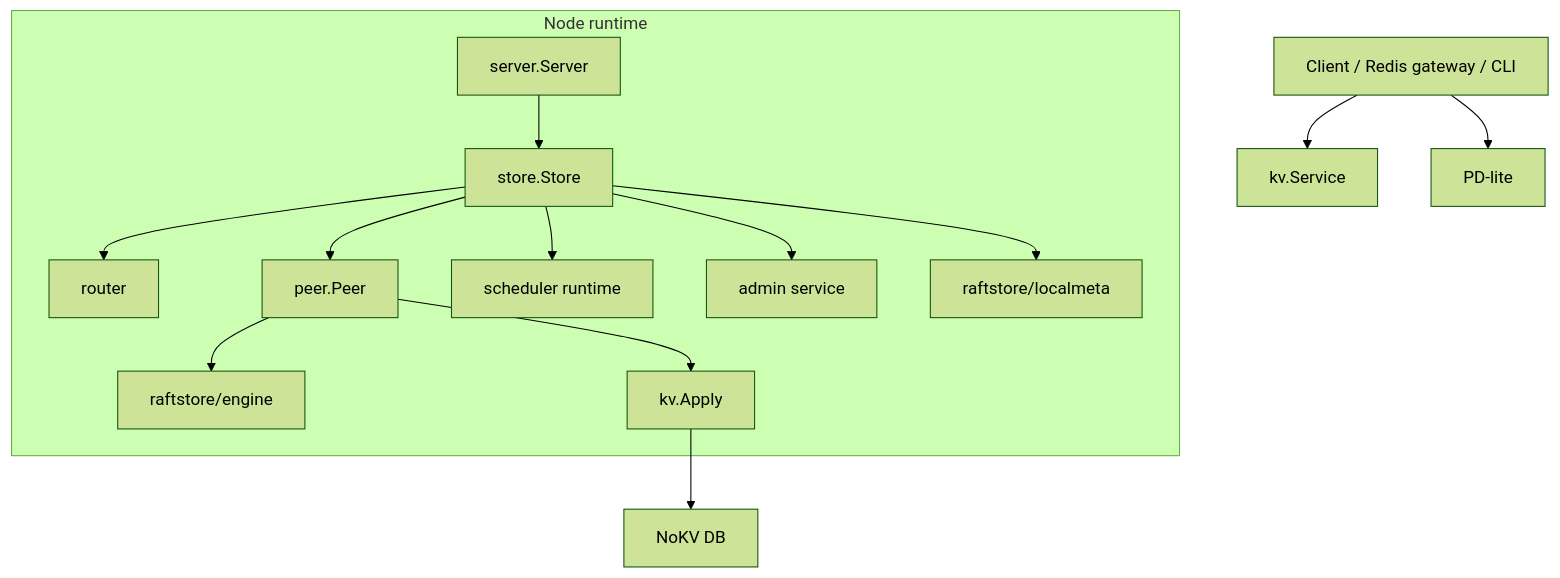
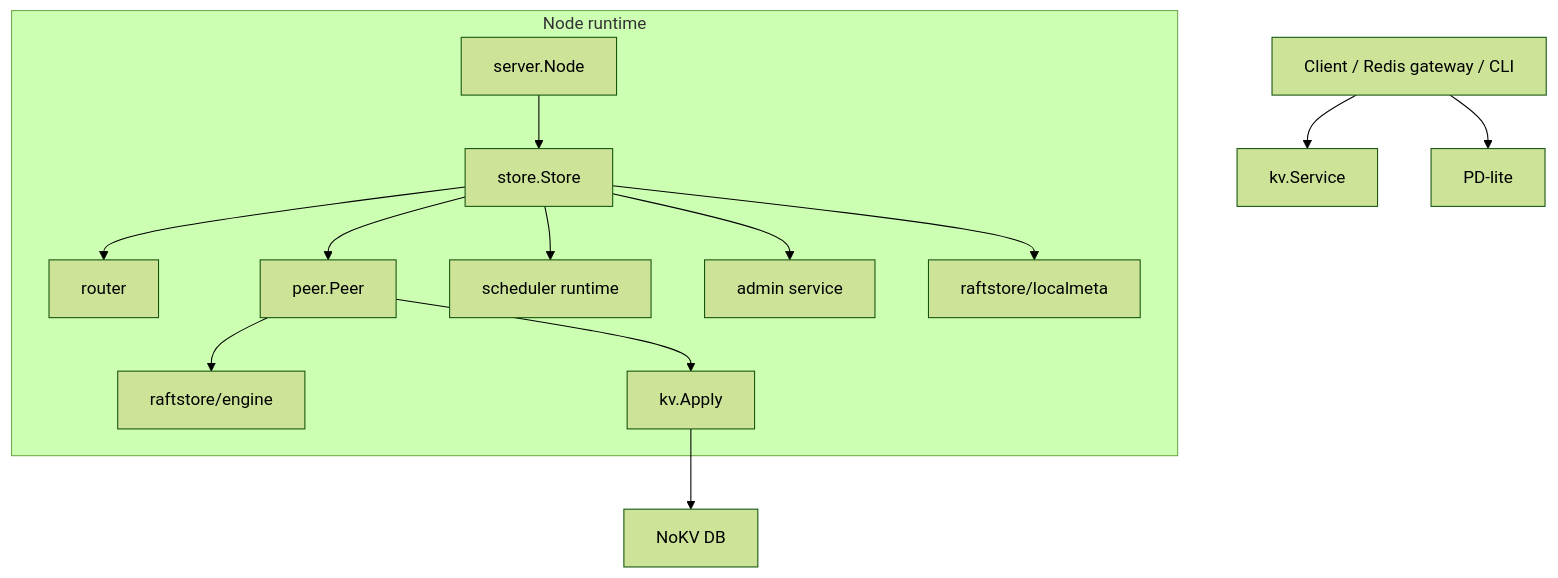
Before and after one commit to feichai0017/NoKV: the first of 2 diagrams in docs/raftstore.md, drawn with Mermaid (forest theme). The commit also changed other lines of this file and 60 other files, not shown here.

````diff
--- a/docs/raftstore.md
+++ b/docs/raftstore.md
@@ -30,19 +30,19 @@
 ```mermaid
 flowchart TD
     Client["Client / Redis gateway / CLI"]
     Client --> KV["kv.Service"]
     Client --> PD["PD-lite"]
 
     subgraph "Node runtime"
-        Server["server.Server"] --> Store["store.Store"]
+        Server["server.Node"] --> Store["store.Store"]
         Store --> Router["router"]
         Store --> Peer["peer.Peer"]
         Store --> Scheduler["scheduler runtime"]
         Store --> Admin["admin service"]
         Store --> Meta["raftstore/localmeta"]
         Peer --> Engine["raftstore/engine"]
         Peer --> Apply["kv.Apply"]
     end
 
     Apply --> DB["NoKV DB"]
 ```
````
